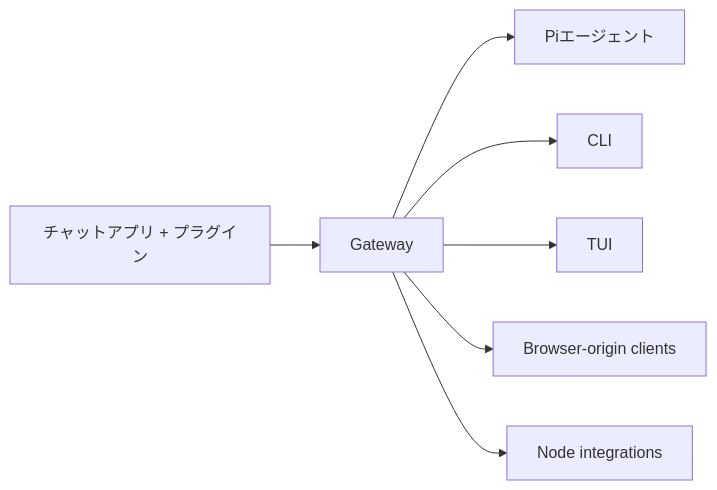
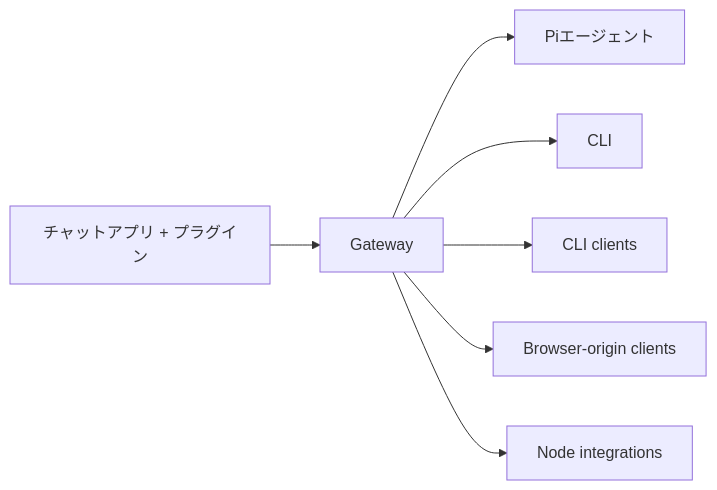
Before and after one commit to qianleigood/crawclaw: the diagram in docs/ja-JP/index.md, drawn with Mermaid. The commit also changed other lines of this file and 185 other files, not shown here.

````diff
--- a/docs/ja-JP/index.md
+++ b/docs/ja-JP/index.md
@@ -55,9 +55,9 @@
 ```mermaid
 flowchart LR
   A["チャットアプリ + プラグイン"] --> B["Gateway"]
   B --> C["Piエージェント"]
   B --> D["CLI"]
-  B --> E["TUI"]
+  B --> E["CLI clients"]
   B --> F["Browser-origin clients"]
   B --> G["Node integrations"]
 ```
````
